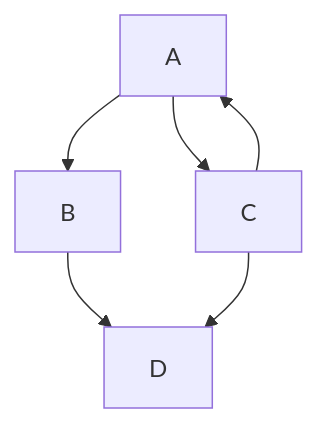
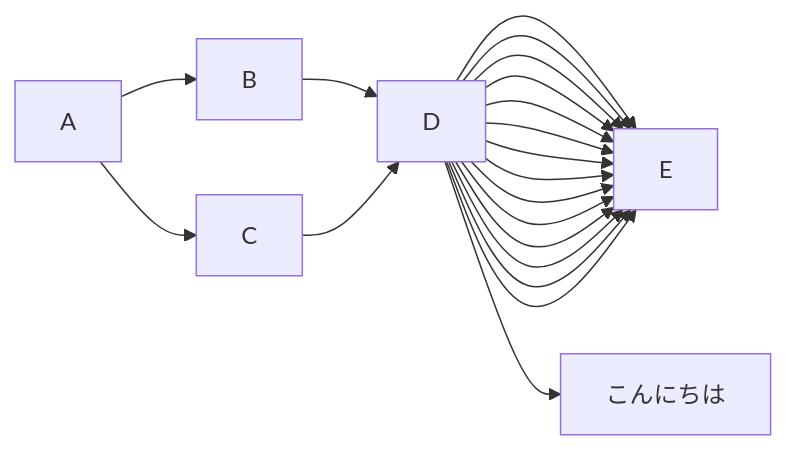
One commit to yh-nr/StudyNotes changed the second of 8 diagrams in pub/ワークスペースの構成について_240224233250/ワークスペースの構成について.md. Above: the diagram before and after it, drawn with Mermaid. The commit also changed other lines of this file and 1 other file, not shown here.

```diff
--- a/pub/ワークスペースの構成について_240224233250/ワークスペースの構成について.md
+++ b/pub/ワークスペースの構成について_240224233250/ワークスペースの構成について.md
@@ -41,8 +41,22 @@
 <div class="mermaid">
-    graph TD;
-        A-->B;
-        A-->C;
-        C-->A;
-        B-->D;
-        C-->D;
+graph LR;
+    A-->B;
+    A-->C;
+    B-->D;
+    C-->D;
+    D-->E;
+    D-->E;
+    D-->E;
+    D-->E;
+    D-->E;
+    D-->E;
+    D-->E;
+    D-->E;
+    D-->E;
+    D-->E;
+    D-->E;
+    D-->E;
+    D-->E;
+    D-->こんにちは;
+    D-->E;
 </div>
```
